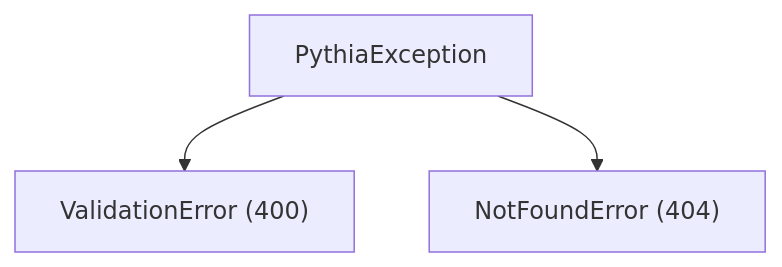
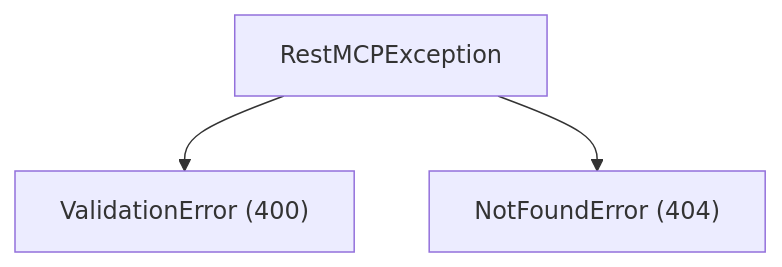
Before and after one commit to JorgeHSantana/restmcp: the third of 3 diagrams in README.md, drawn with Mermaid. The commit also changed 5 other files, not shown here.

````diff
--- a/README.md
+++ b/README.md
@@ -331,5 +331,5 @@
 ```mermaid
 graph TD
-    PythiaException --> ValidationError["ValidationError (400)"]
-    PythiaException --> NotFoundError["NotFoundError (404)"]
+    RestMCPException --> ValidationError["ValidationError (400)"]
+    RestMCPException --> NotFoundError["NotFoundError (404)"]
 ```
````
